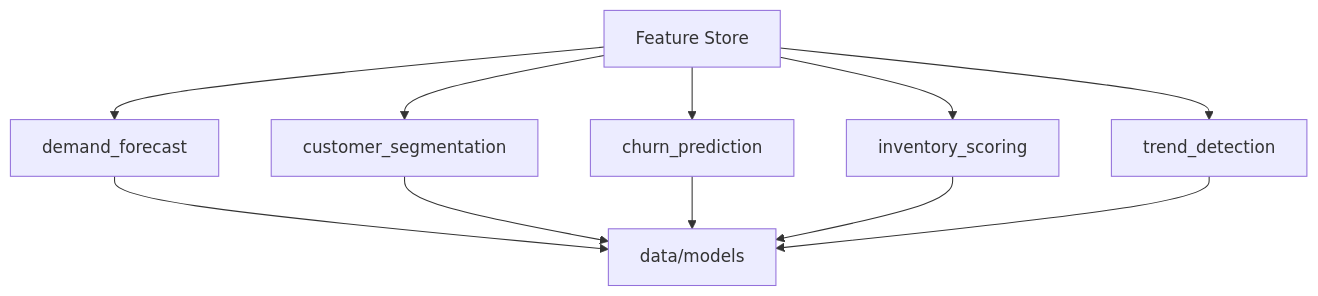
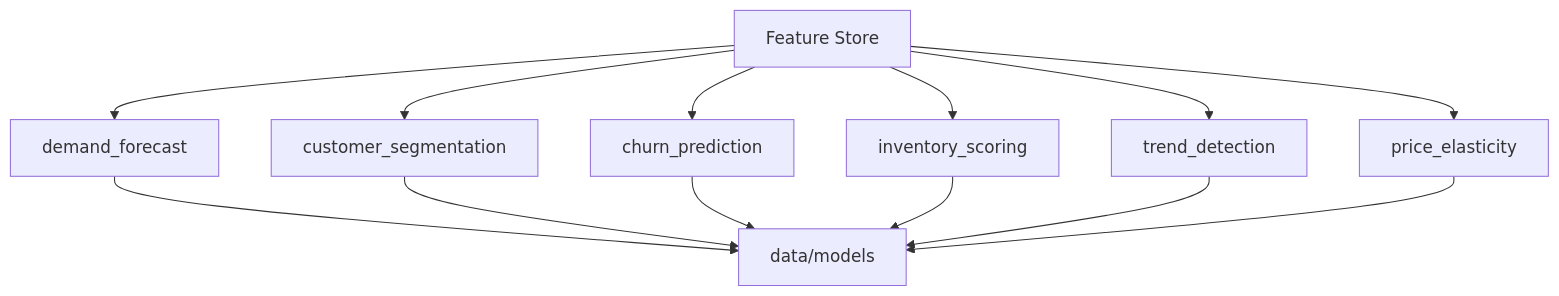
The fifth of 7 diagrams in docs/technical_report.md (varunrout/retail-analytics), drawn with Mermaid before and after one commit. The commit also changed other lines of this file and 5 other files, not shown here.

````diff
--- a/docs/technical_report.md
+++ b/docs/technical_report.md
@@ -268,13 +268,15 @@
 ```mermaid
 flowchart TD
   A[Feature Store] --> B[demand_forecast]
   A --> C[customer_segmentation]
   A --> D[churn_prediction]
   A --> E[inventory_scoring]
   A --> F[trend_detection]
+  A --> H[price_elasticity]
   B --> G[data/models]
   C --> G
   D --> G
   E --> G
   F --> G
+  H --> G
 ```
````
